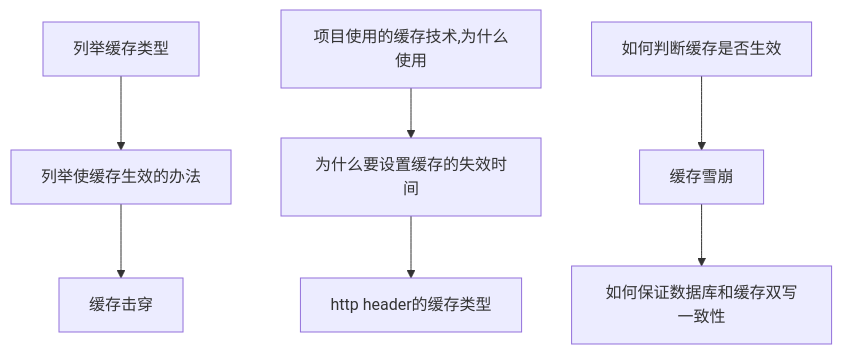
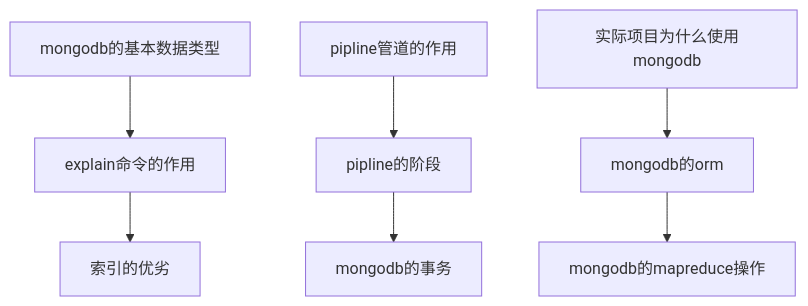
The seventh of 15 diagrams in interview_flow.md (Roxas/article), drawn with Mermaid before and after one commit. The commit also changed other lines of this file, not shown here.

First line of the commit message:
update flow

````diff
--- a/interview_flow.md
+++ b/interview_flow.md
@@ -51,6 +91,6 @@
 ```mermaid
 graph TB
-    a[列举缓存类型] --> d[列举使缓存生效的办法] --> g[缓存击穿]
-    b[项目使用的缓存技术,为什么使用] --> e[为什么要设置缓存的失效时间] --> h[http header的缓存类型]
-    c[如何判断缓存是否生效] --> f[缓存雪崩] --> i[如何保证数据库和缓存双写一致性]
+    a[mongodb的基本数据类型] --> d[explain命令的作用] --> g[索引的优劣]
+    b[pipline管道的作用] --> e[pipline的阶段] --> h[mongodb的事务]
+    c[实际项目为什么使用mongodb] --> f[mongodb的orm] --> i[mongodb的mapreduce操作]
 ```
````
